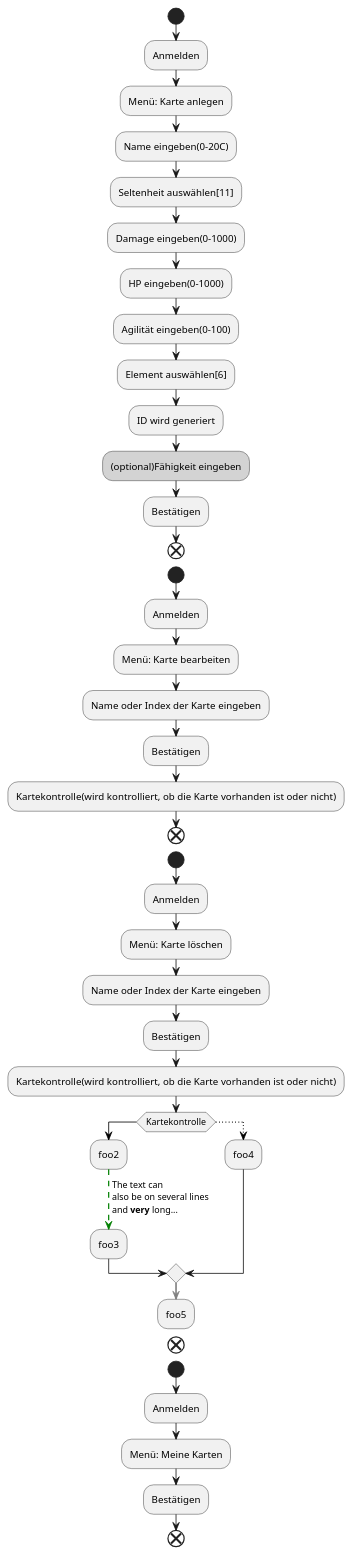
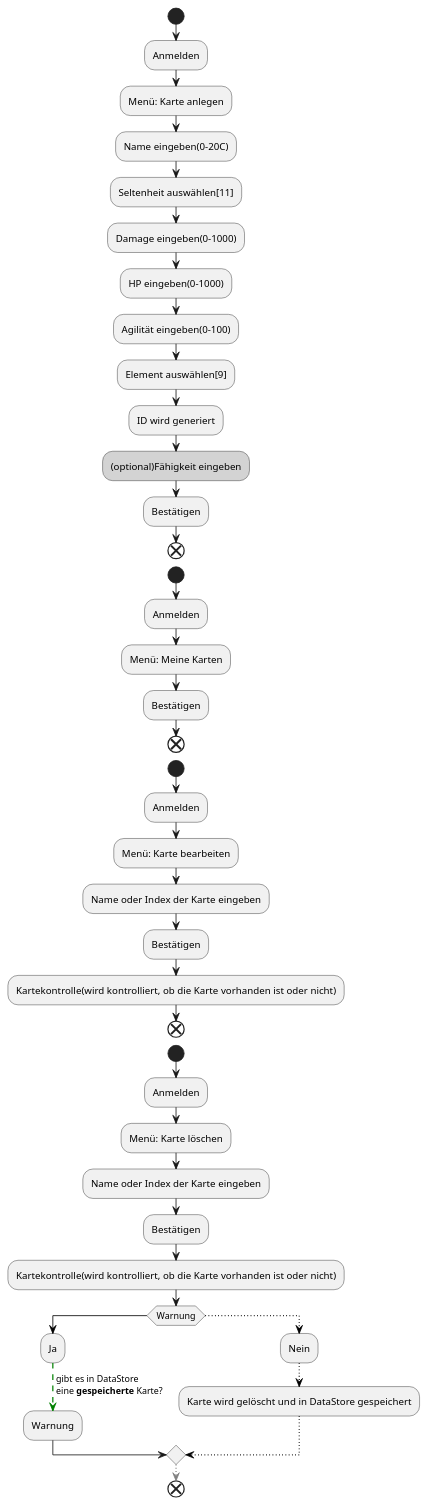
One commit to teach404W/Verwaltungssoftware_Team_2 changed the diagram in Docs/Pflichtenheft/Diagramme/Aktivitätsdiagramme.iuml. Above: the diagram before and after it, drawn with PlantUML. The commit also changed 4 other files, not shown here.

```diff
--- a/Docs/Pflichtenheft/Diagramme/Aktivitätsdiagramme.iuml
+++ b/Docs/Pflichtenheft/Diagramme/Aktivitätsdiagramme.iuml
@@ -1,53 +1,61 @@
 @startuml
 start
 :Anmelden;
 :Menü: Karte anlegen;
 :Name eingeben(0-20C);
 :Seltenheit auswählen[11];
 :Damage eingeben(0-1000);
 :HP eingeben(0-1000);
 :Agilität eingeben(0-100);
-:Element auswählen[6];
+:Element auswählen[9];
 :ID wird generiert;
 #LightGrey:(optional)Fähigkeit eingeben;
+:Bestätigen;
+end
+
+start
+:Anmelden;
+:Menü: Meine Karten;
 :Bestätigen;
 end
 
 start
 :Anmelden;
 :Menü: Karte bearbeiten;
 :Name oder Index der Karte eingeben;
 :Bestätigen;
 :Kartekontrolle(wird kontrolliert, ob die Karte vorhanden ist oder nicht);
 end
 
 start
 :Anmelden;
 :Menü: Karte löschen;
 :Name oder Index der Karte eingeben;
 :Bestätigen;
 :Kartekontrolle(wird kontrolliert, ob die Karte vorhanden ist oder nicht);
-if (Kartekontrolle) then
+if (Warnung) then
   -[#black]->
-  :foo2;
-  -[#green,dashed]-> The text can
-  also be on several lines
-  and **very** long...;
-  :foo3;
+  :Ja;
+  -[#green,dashed]-> gibt es in DataStore
+  eine **gespeicherte** Karte?;
+   
+  :Warnung;
 else
 
   -[#black,dotted]->
-  :foo4;
+  :Nein;
+
+  -[#black,dotted]->
+
+  :Karte wird gelöscht und in DataStore gespeichert;
+  -[#black,dotted]->
+
 endif
--[#gray,bold]->
-:foo5;
-detach
+-[#gray,dotted]->
+
+
 end
 
-start
-:Anmelden;
-:Menü: Meine Karten;
-:Bestätigen;
-end
+
 
 @enduml
```
